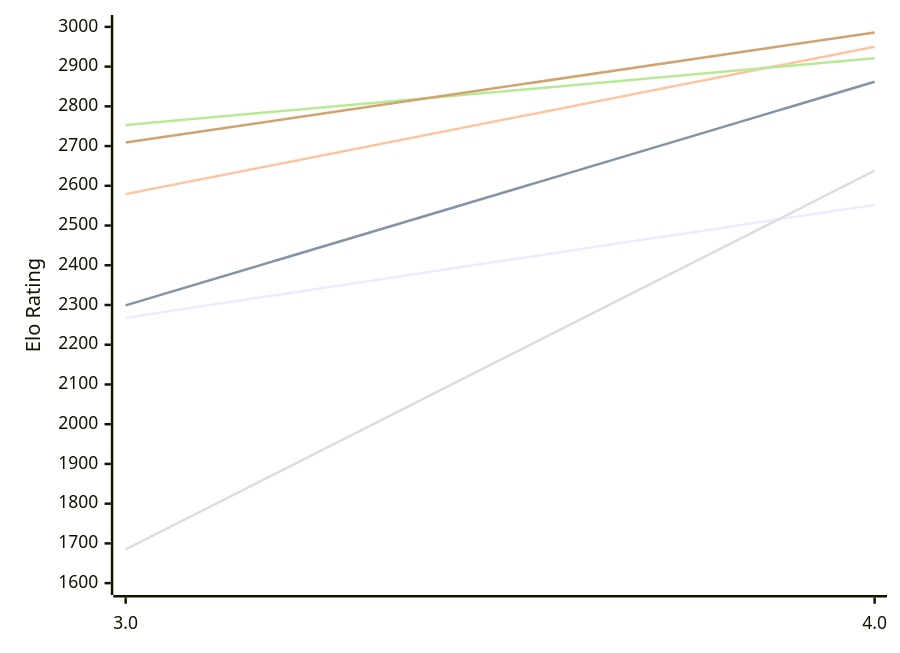
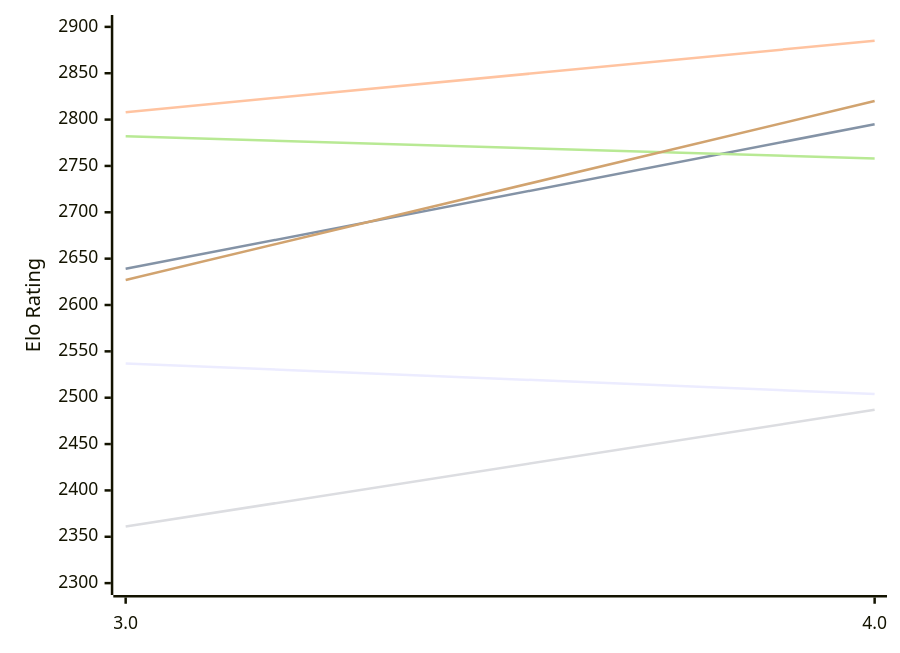
The first of 2 diagrams in engines/Chess3.md (computer-chess-index/cci), drawn with Mermaid before and after one commit. The commit also changed other lines of this file, not shown here.

Commit message:
Update CCI Ratings (ELO VLTC) - 2026-11-13

````diff
--- a/engines/Chess3.md
+++ b/engines/Chess3.md
@@ -50,12 +50,12 @@
 ```mermaid
 %%{init: {"theme":"base","themeVariables":{"seriesColors:['#a3a3a3','#222221','#faa371']}}}%%
 xychart-beta
   x-axis ["3.0", "4.0"]
-  y-axis "Elo Rating" 1600 --> 3000
-  line "E1: STC (8.0+0.08s)" [2268, 2552]
-  line "E1: LTC (60.0+0.60s)" [2299, 2862]
-  line "E1: VLTC (2m24s+1.12s)" [2579, 2950]
-  line "P1: STC (8.0+0.08s)" [1685, 2638]
-  line "P1: LTC (60.0+0.60s)" [2753, 2921]
-  line "P1: VLTC (2m24s+1.12s)" [2709, 2986]
+  y-axis "Elo Rating" 2300 --> 2900
+  line "E1: STC (8.0+0.08s)" [2537, 2504]
+  line "E1: LTC (60.0+0.60s)" [2639, 2795]
+  line "E1: VLTC (2m24s+1.12s)" [2808, 2885]
+  line "P1: STC (8.0+0.08s)" [2361, 2487]
+  line "P1: LTC (60.0+0.60s)" [2782, 2758]
+  line "P1: VLTC (2m24s+1.12s)" [2627, 2820]
 ```
````
